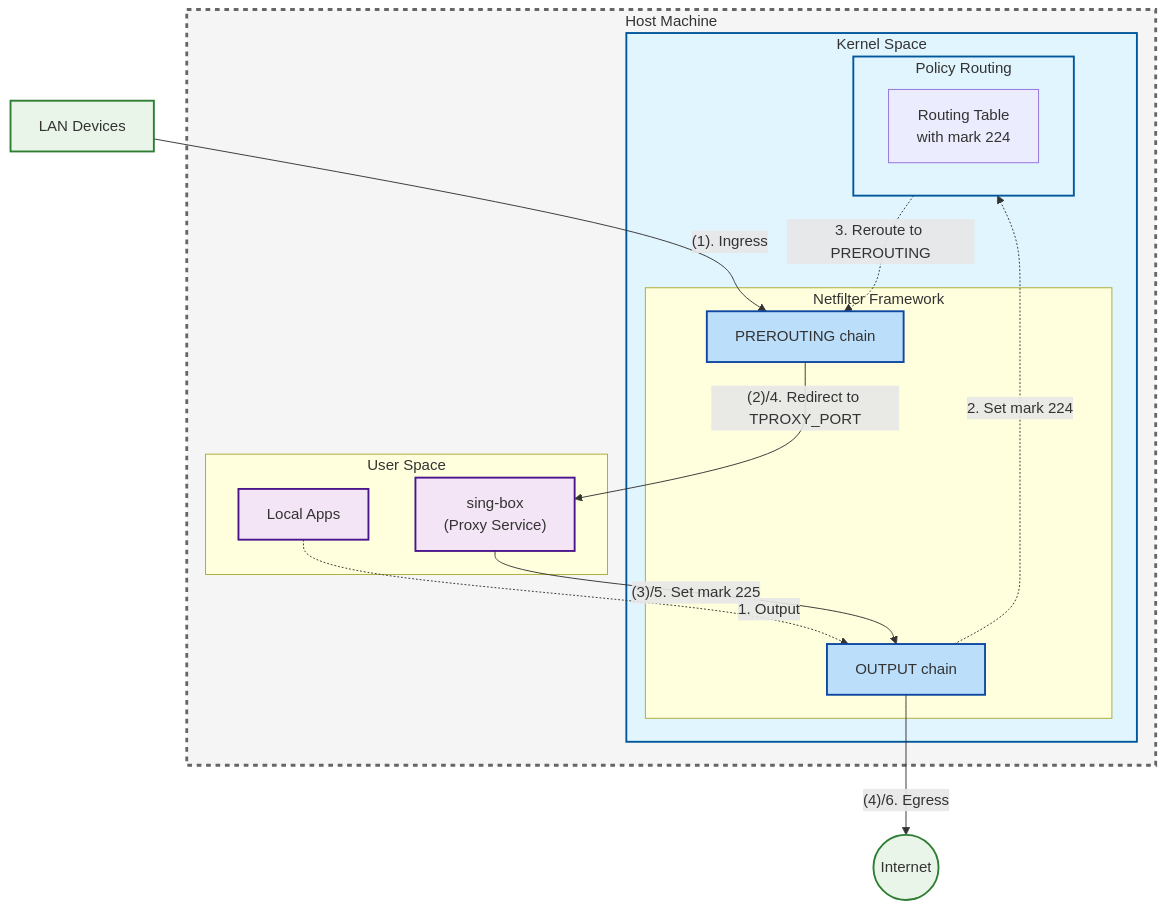
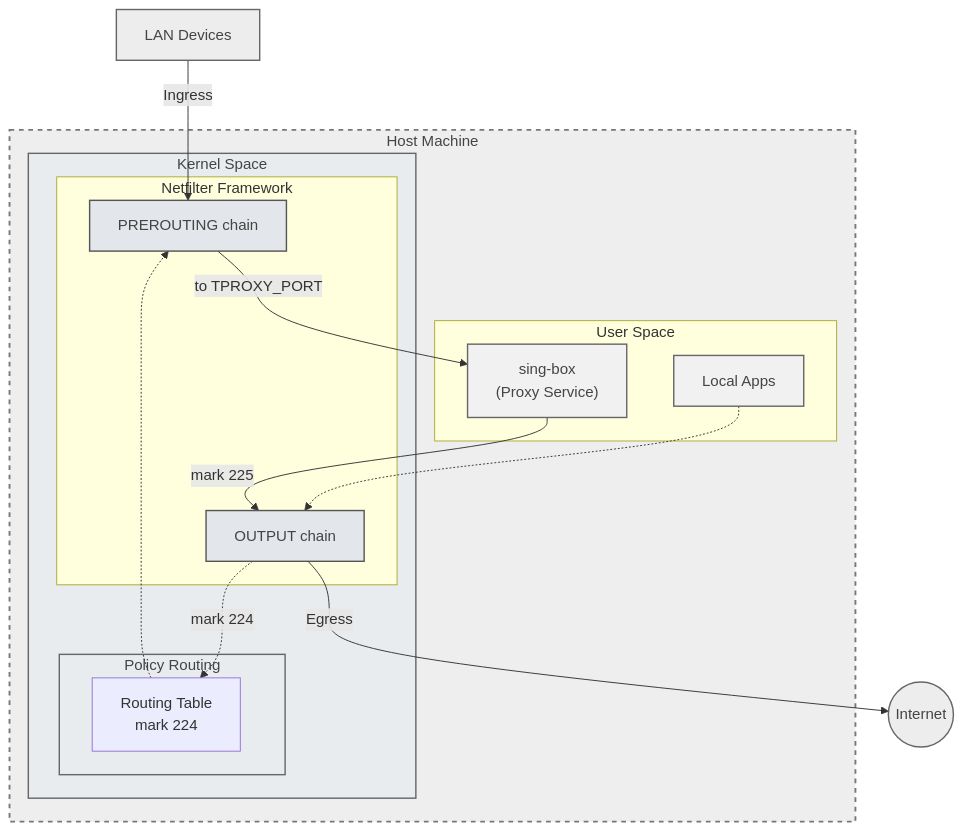
Before and after one commit to ak1ra-lab/sing-box-tproxy: the diagram in docs/architecture.md, drawn with Mermaid.

Commit message:
docs: refine flow diagrams labels in docs/architecture.md

````diff
--- a/docs/architecture.md
+++ b/docs/architecture.md
@@ -19,53 +19,50 @@
 ```mermaid
 graph TB
     subgraph Host["Host Machine"]
         subgraph Kernel_Space["Kernel Space"]
             subgraph Netfilter_Framework["Netfilter Framework"]
                 NF_PREROUTING["PREROUTING chain"]
                 NF_OUTPUT["OUTPUT chain"]
             end
 
             subgraph Policy_Routing["Policy Routing"]
-                Route_Table["Routing Table<br/>with mark 224"]
+                Route_Table["Routing Table<br/>mark 224"]
             end
         end
 
         subgraph User_Space["User Space"]
             LocalApp["Local Apps"]
             SingBox["sing-box<br/>(Proxy Service)"]
         end
     end
 
     %% External entities
     LAN["LAN Devices"]
     Internet((Internet))
 
     %% LAN Traffic (Solid Lines)
-    LAN -->|"(1). Ingress"| NF_PREROUTING
-    NF_PREROUTING -->|"(2)/4. Redirect to TPROXY_PORT"| SingBox
+    LAN -->|"Ingress"| NF_PREROUTING
+    NF_PREROUTING -->|"to TPROXY_PORT"| SingBox
 
     %% Local Traffic (Dotted Lines)
-    LocalApp -.->|"1. Output"| NF_OUTPUT
-    NF_OUTPUT -.->|"2. Set mark 224"| Policy_Routing
-    Policy_Routing -.->|"3. Reroute to PREROUTING"| NF_PREROUTING
+    LocalApp -.-> NF_OUTPUT
+    NF_OUTPUT -.->|"mark 224"| Route_Table
+    Route_Table -.-> NF_PREROUTING
 
     %% Common Egress Path
-    SingBox -->|"(3)/5. Set mark 225"| NF_OUTPUT
-    NF_OUTPUT -->|"(4)/6. Egress"| Internet
+    SingBox -->|"mark 225"| NF_OUTPUT
+    NF_OUTPUT -->|"Egress"| Internet
 
-    %% 样式定义
-    classDef host fill:#f5f5f5,stroke:#666,stroke-width:3px,stroke-dasharray: 5 5
-    classDef kernel fill:#e1f5fe,stroke:#01579b,stroke-width:2px
-    classDef user fill:#f3e5f5,stroke:#4a148c,stroke-width:2px
-    classDef external fill:#e8f5e8,stroke:#2e7d32,stroke-width:2px
-    classDef netfilterComponent fill:#bbdefb,stroke:#0d47a1,stroke-width:2px
+    %% Styles (neutral + low saturation)
+    classDef host fill:#eeeeee,stroke:#777,stroke-width:2px,stroke-dasharray:5 5,color:#444
+    classDef kernel fill:#e9ecef,stroke:#666,stroke-width:1.5px,color:#444
+    classDef user fill:#f1f1f1,stroke:#666,stroke-width:1.5px,color:#444
+    classDef external fill:#ededed,stroke:#666,stroke-width:1.5px,color:#444
+    classDef netfilter fill:#e3e7eb,stroke:#555,stroke-width:1.5px,color:#444
 
     class Host host
     class Kernel_Space,Policy_Routing kernel
     class LocalApp,SingBox user
     class LAN,Internet external
-
-    %% 特殊样式：Netfilter 内部组件
-    style NF_PREROUTING fill:#bbdefb,stroke:#0d47a1,stroke-width:2px
-    style NF_OUTPUT fill:#bbdefb,stroke:#0d47a1,stroke-width:2px
+    class NF_PREROUTING,NF_OUTPUT netfilter
 ```
````
